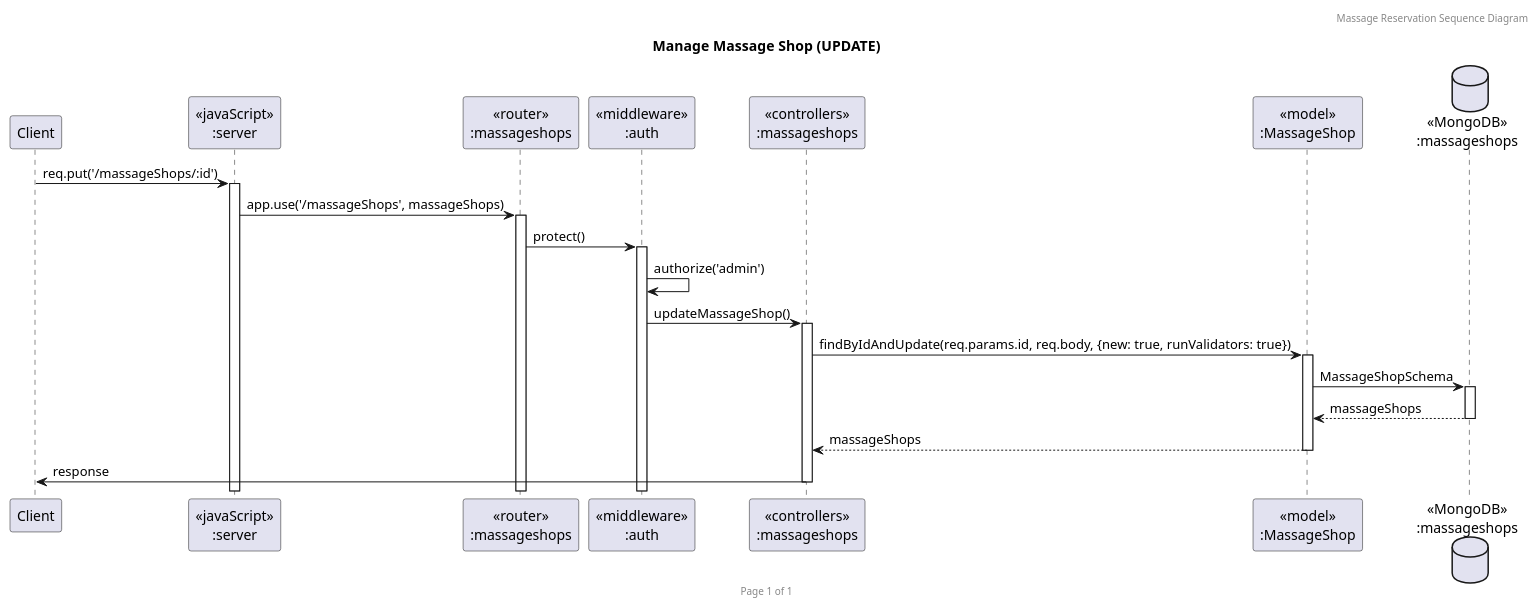
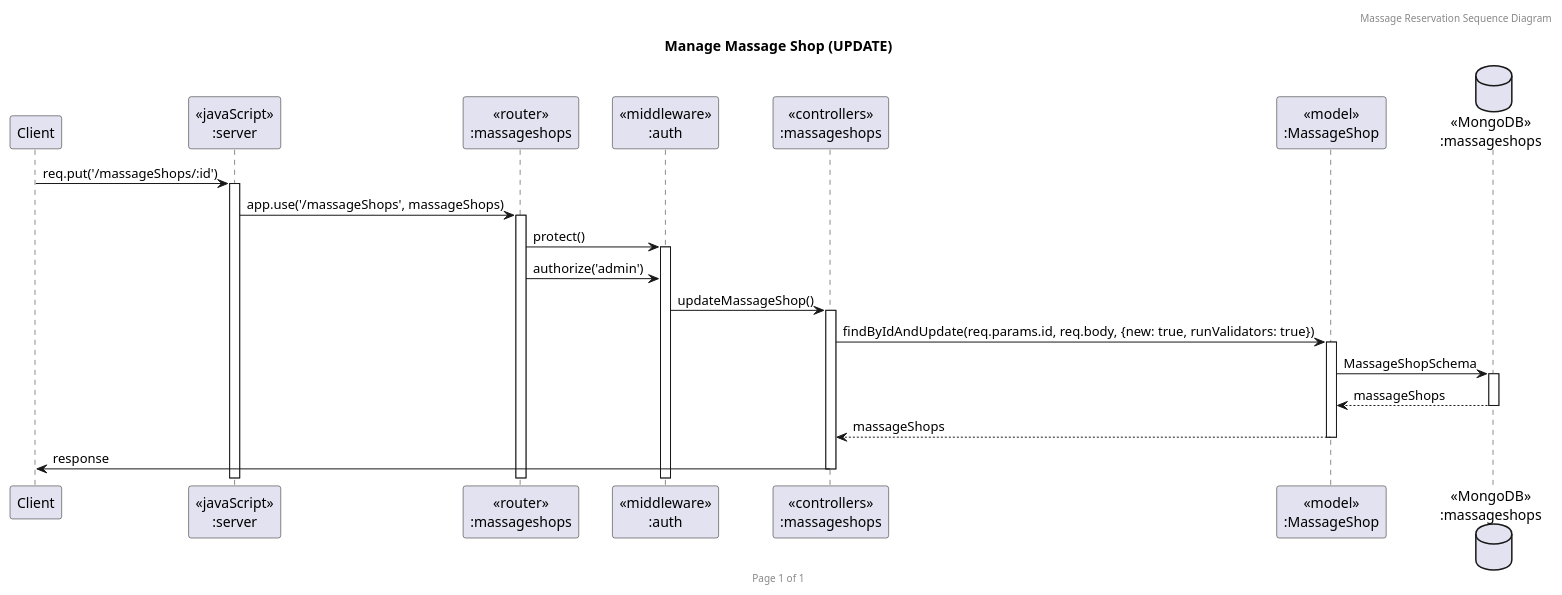
Before and after one commit to 2110503TACEDT66/presentation-day-1-organic-soi-ju: the diagram in UpdateShop.puml, drawn with PlantUML. The commit also changed 4 other files, not shown here.

Commit message:
Fix SeqDiagrams (delete, authorize)

```diff
--- a/UpdateShop.puml
+++ b/UpdateShop.puml
@@ -1,26 +1,26 @@
 @startuml Manage Massage Shop (UPDATE)
 
 header Massage Reservation Sequence Diagram
 footer Page %page% of %lastpage%
 title "Manage Massage Shop (UPDATE)"
 
 participant "Client" as client
 participant "<<javaScript>>\n:server" as server
 participant "<<router>>\n:massageshops" as routerMassageShops
 participant "<<middleware>>\n:auth" as middlewareAuth
 participant "<<controllers>>\n:massageshops" as controllersMassageShops
 participant "<<model>>\n:MassageShop" as modelMassageShop
 database "<<MongoDB>>\n:massageshops" as MassageShopsDatabase
 
 client->server ++:req.put('/massageShops/:id')
 server->routerMassageShops ++:app.use('/massageShops', massageShops)
 routerMassageShops->middlewareAuth ++:protect()
-middlewareAuth->middlewareAuth :authorize('admin')
+routerMassageShops->middlewareAuth :authorize('admin')
 middlewareAuth -> controllersMassageShops ++:updateMassageShop()
 controllersMassageShops->modelMassageShop ++:findByIdAndUpdate(req.params.id, req.body, {new: true, runValidators: true})
 modelMassageShop ->MassageShopsDatabase ++: MassageShopSchema
 MassageShopsDatabase --> modelMassageShop --: massageShops
 controllersMassageShops <-- modelMassageShop --:massageShops
 controllersMassageShops->client --:response
 
 @enduml
```
